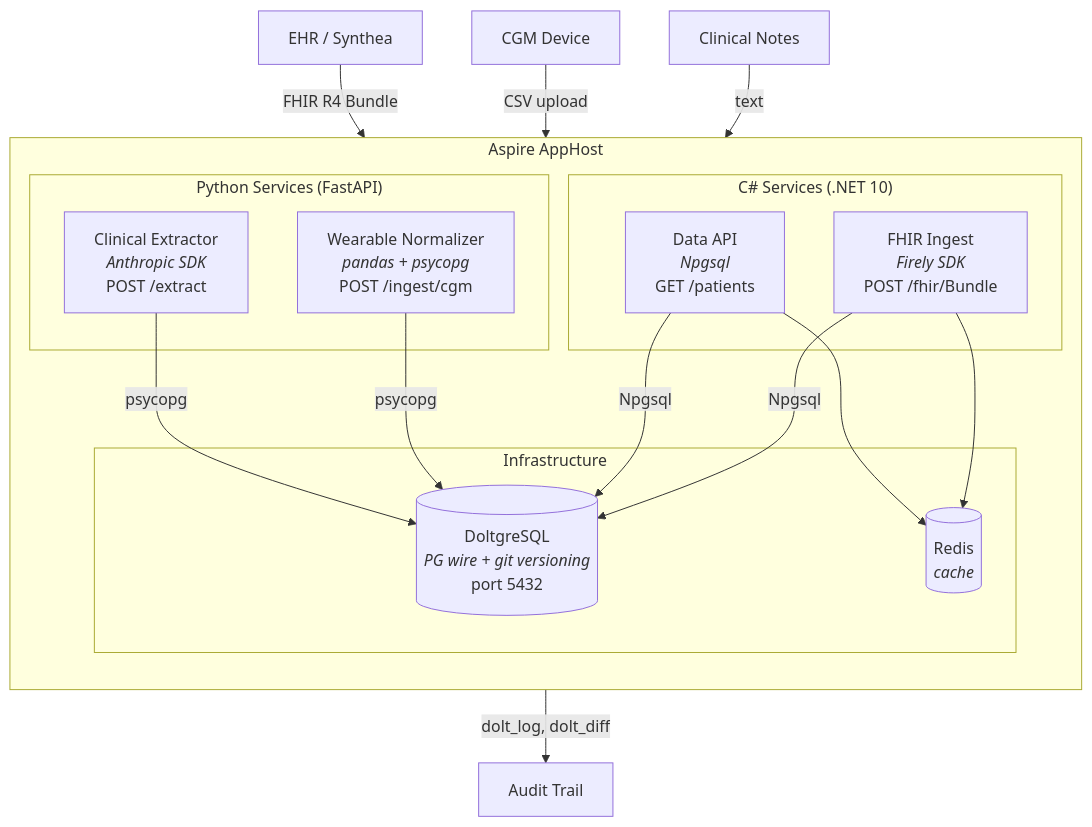
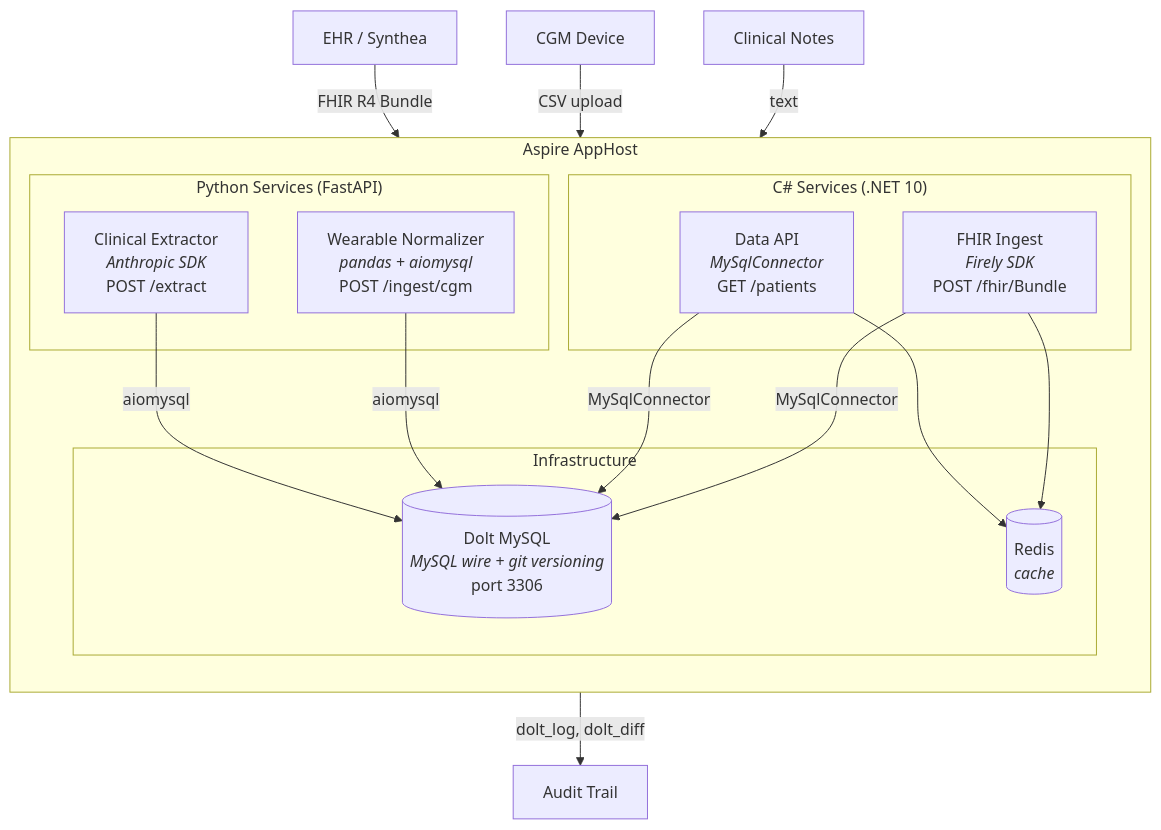
One commit to peterkc/acme-health changed the diagram in README.md. Above: the diagram before and after it, drawn with Mermaid. The commit also changed other lines of this file and 16 other files, not shown here.

First line of the commit message:
feat: migrate DoltgreSQL to Dolt MySQL (#3)

````diff
--- a/README.md
+++ b/README.md
@@ -10,35 +10,35 @@
 ```mermaid
 graph TD
     subgraph Aspire["Aspire AppHost"]
         direction TB
 
         subgraph CSharp["C# Services (.NET 10)"]
             FI["FHIR Ingest<br/><i>Firely SDK</i><br/>POST /fhir/Bundle"]
-            DA["Data API<br/><i>Npgsql</i><br/>GET /patients"]
+            DA["Data API<br/><i>MySqlConnector</i><br/>GET /patients"]
         end
 
         subgraph Python["Python Services (FastAPI)"]
-            WN["Wearable Normalizer<br/><i>pandas + psycopg</i><br/>POST /ingest/cgm"]
+            WN["Wearable Normalizer<br/><i>pandas + aiomysql</i><br/>POST /ingest/cgm"]
             CE["Clinical Extractor<br/><i>Anthropic SDK</i><br/>POST /extract"]
         end
 
         subgraph Infra["Infrastructure"]
-            DG[("DoltgreSQL<br/><i>PG wire + git versioning</i><br/>port 5432")]
+            DG[("Dolt MySQL<br/><i>MySQL wire + git versioning</i><br/>port 3306")]
             RD[("Redis<br/><i>cache</i>")]
         end
     end
 
     EHR["EHR / Synthea"] -->|FHIR R4 Bundle| FI
     CGM["CGM Device"] -->|CSV upload| WN
     Notes["Clinical Notes"] -->|text| CE
 
-    FI -->|Npgsql| DG
-    DA -->|Npgsql| DG
-    WN -->|psycopg| DG
-    CE -->|psycopg| DG
+    FI -->|MySqlConnector| DG
+    DA -->|MySqlConnector| DG
+    WN -->|aiomysql| DG
+    CE -->|aiomysql| DG
 
     FI --> RD
     DA --> RD
 
     DG -->|dolt_log, dolt_diff| Audit["Audit Trail"]
 ```
````
